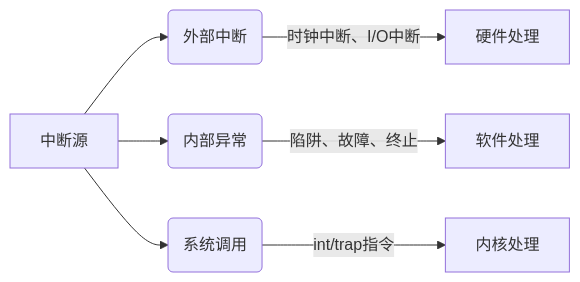
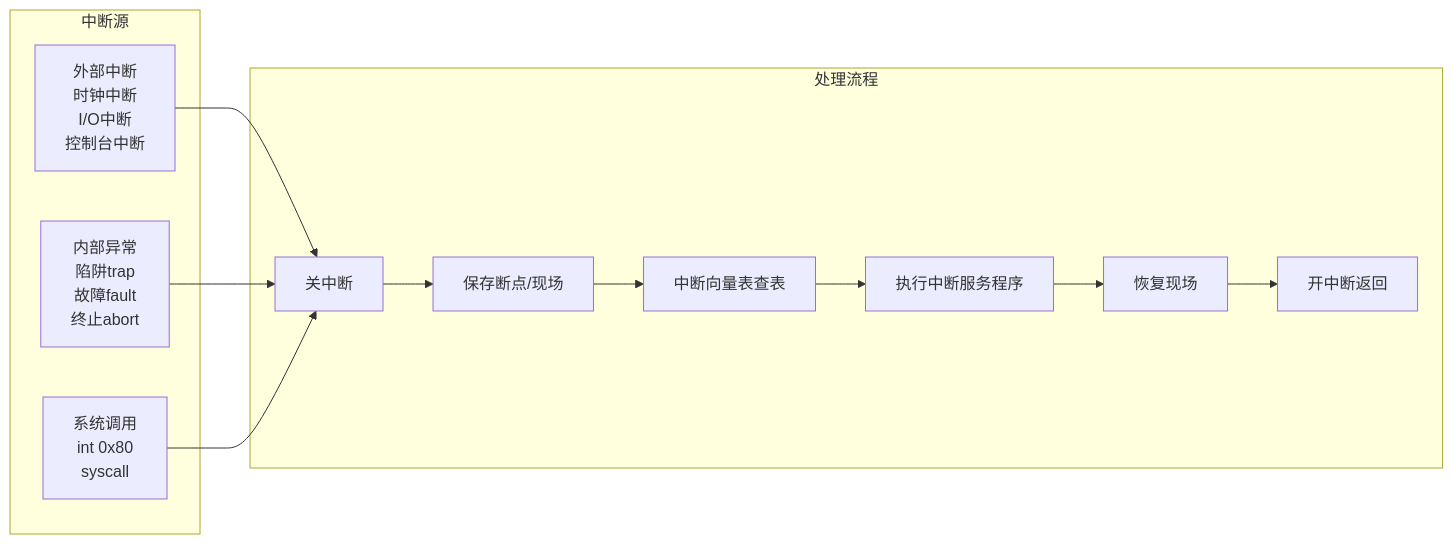
One commit to AH23333/Blog changed the fifth of 33 diagrams in src/content/philes/volume-1/CS-OS/简易OS知识点.md. Above: the diagram before and after it, drawn with Mermaid. The commit also changed other lines of this file and 21 other files, not shown here.

````diff
--- a/src/content/philes/volume-1/CS-OS/简易OS知识点.md
+++ b/src/content/philes/volume-1/CS-OS/简易OS知识点.md
@@ -48,9 +356,22 @@
 ```mermaid
 graph LR
-    A[中断源] --> B(外部中断)
-    A --> C(内部异常)
-    A --> D(系统调用)
-    B -->|时钟中断、I/O中断| E[硬件处理]
-    C -->|陷阱、故障、终止| F[软件处理]
-    D -->|int/trap指令| G[内核处理]
+    subgraph 中断源
+        A["外部中断<br/>时钟中断<br/>I/O中断<br/>控制台中断"]
+        B["内部异常<br/>陷阱trap<br/>故障fault<br/>终止abort"]
+        C["系统调用<br/>int 0x80<br/>syscall"]
+    end
+
+    subgraph 处理流程
+        D[关中断]
+        E["保存断点/现场"]
+        F[中断向量表查表]
+        G[执行中断服务程序]
+        H[恢复现场]
+        I[开中断返回]
+    end
+
+    A --> D
+    B --> D
+    C --> D
+    D --> E --> F --> G --> H --> I
 ```
````
